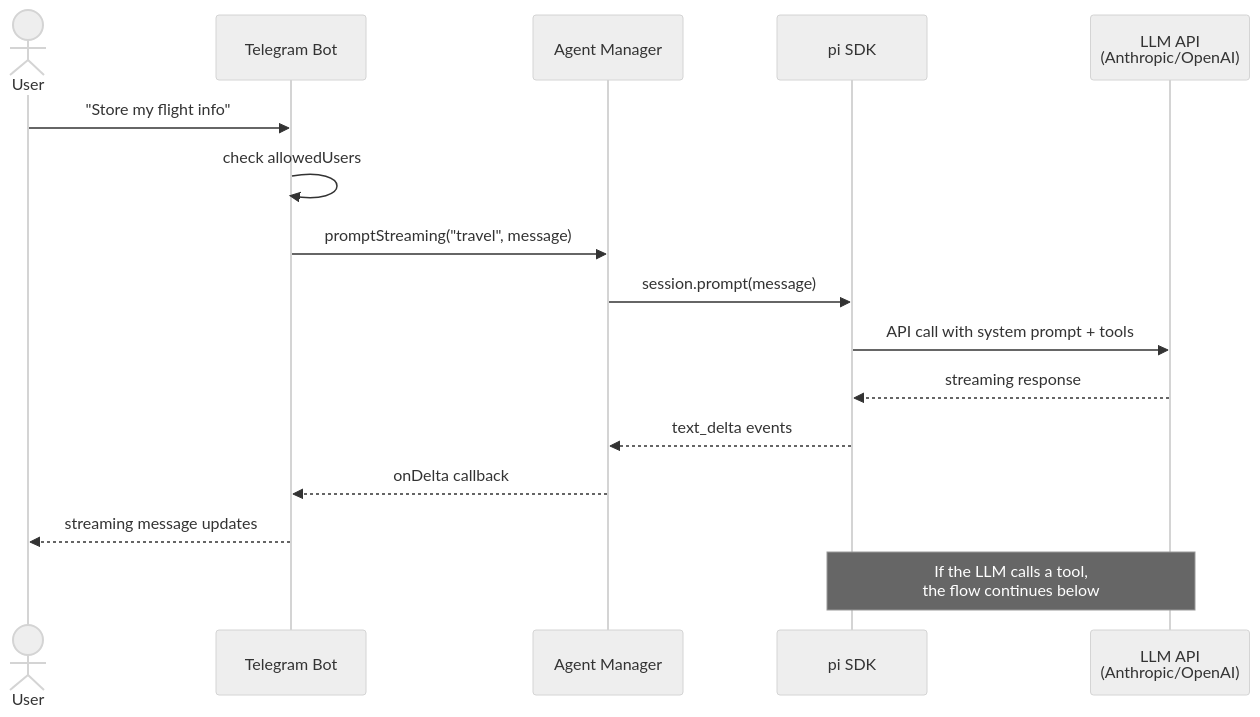
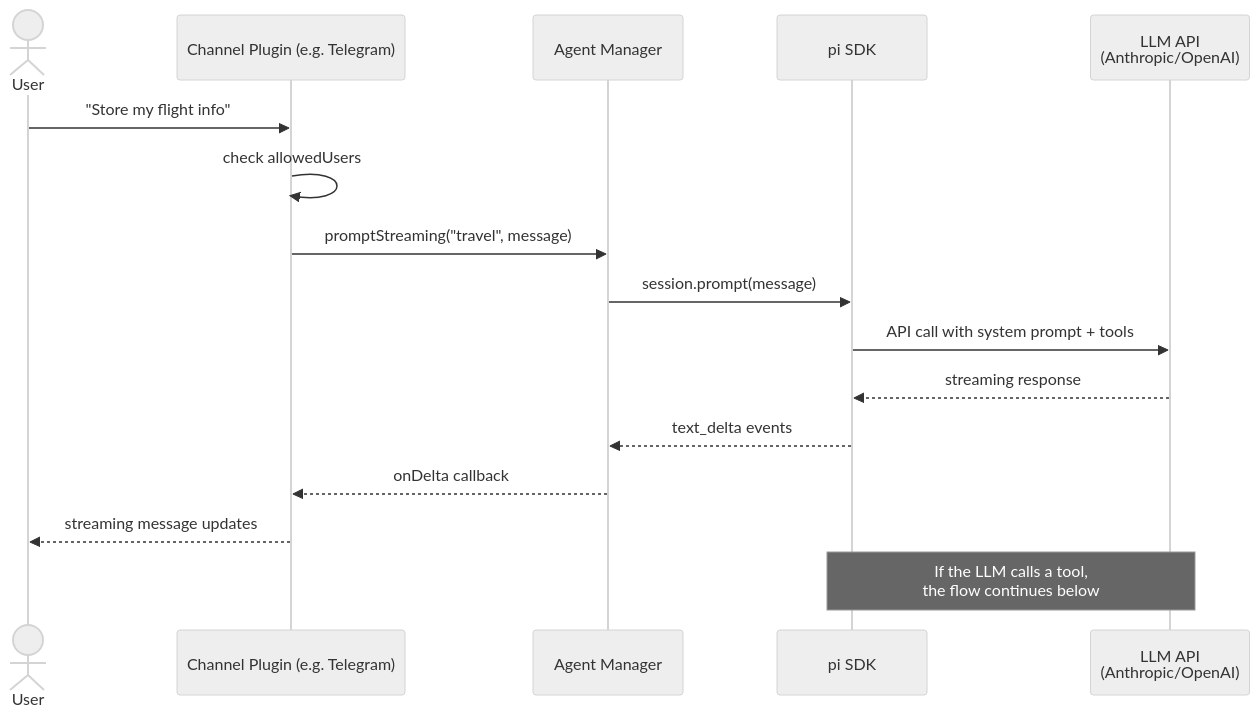
The first of 11 diagrams in docs/gateway/request-flows.mdx (matthias-hausberger/beige), drawn with Mermaid (neutral theme) before and after one commit. The commit also changed other lines of this file and 63 other files, not shown here.

First line of the commit message:
refactor!: plugin architecture

````diff
--- a/docs/gateway/request-flows.mdx
+++ b/docs/gateway/request-flows.mdx
@@ -10,20 +10,20 @@
 ```mermaid
 sequenceDiagram
     actor User
-    participant TG as Telegram Bot
+    participant TG as Channel Plugin (e.g. Telegram)
     participant AM as Agent Manager
     participant PI as pi SDK
     participant LLM as LLM API<br/>(Anthropic/OpenAI)
 
     User->>TG: "Store my flight info"
     TG->>TG: check allowedUsers
     TG->>AM: promptStreaming("travel", message)
     AM->>PI: session.prompt(message)
     PI->>LLM: API call with system prompt + tools
     LLM-->>PI: streaming response
     PI-->>AM: text_delta events
     AM-->>TG: onDelta callback
     TG-->>User: streaming message updates
 
     Note over PI,LLM: If the LLM calls a tool,<br/>the flow continues below
 ```
````
